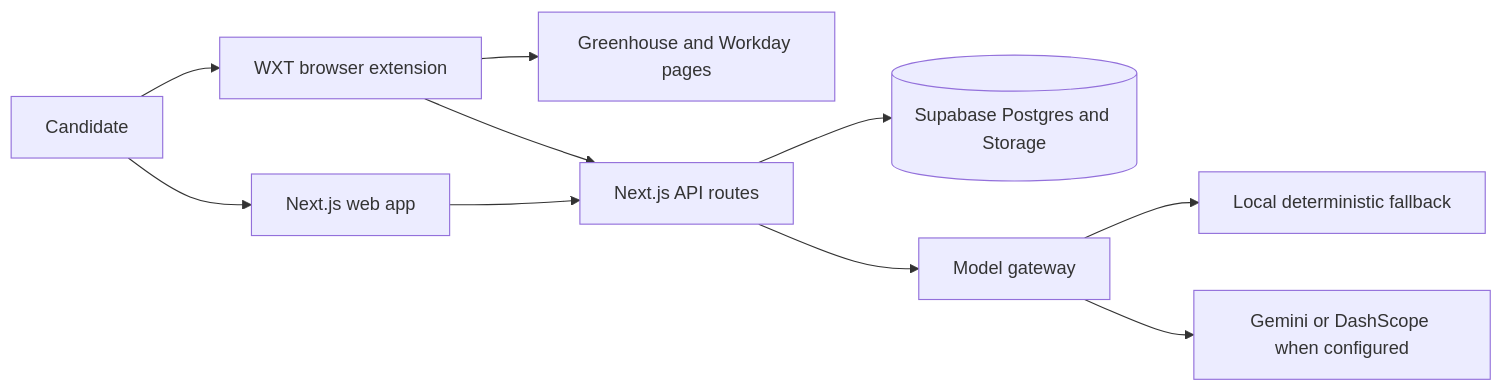
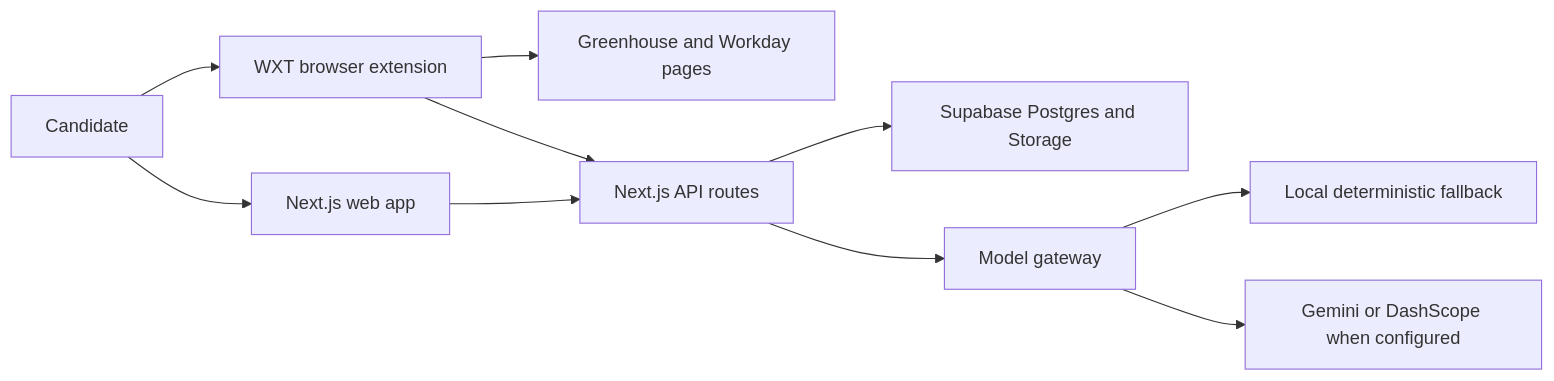
The diagram in README.md (DivSeth/JobTracker), drawn with Mermaid before and after one commit. The commit also changed 4 other files, not shown here.

````diff
--- a/README.md
+++ b/README.md
@@ -48,12 +48,12 @@
 ```mermaid
 flowchart LR
   User["Candidate"] --> Web["Next.js web app"]
   User --> Extension["WXT browser extension"]
   Extension --> ATS["Greenhouse and Workday pages"]
   Extension --> API["Next.js API routes"]
   Web --> API
-  API --> Supabase[("Supabase Postgres and Storage")]
+  API --> Supabase["Supabase Postgres and Storage"]
   API --> Gateway["Model gateway"]
   Gateway --> Local["Local deterministic fallback"]
   Gateway --> Providers["Gemini or DashScope when configured"]
 ```
````
